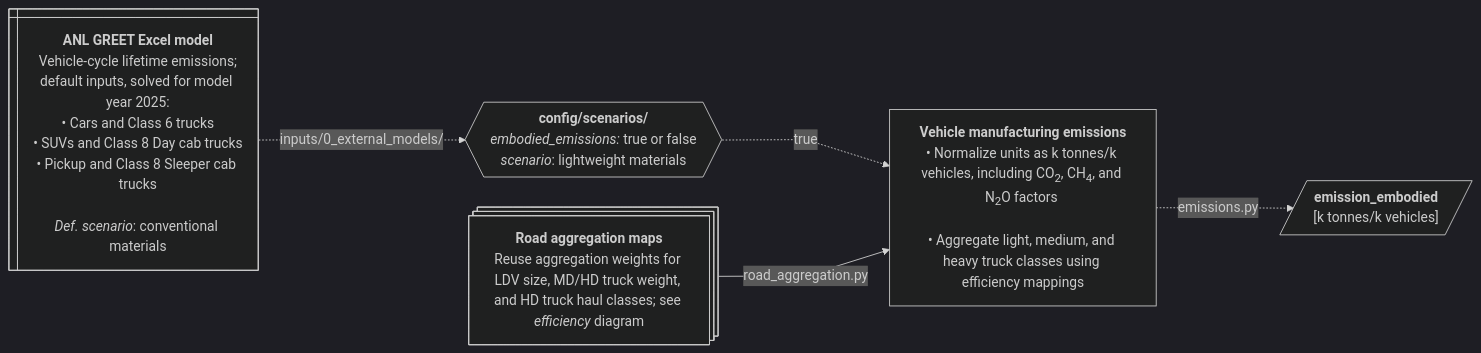
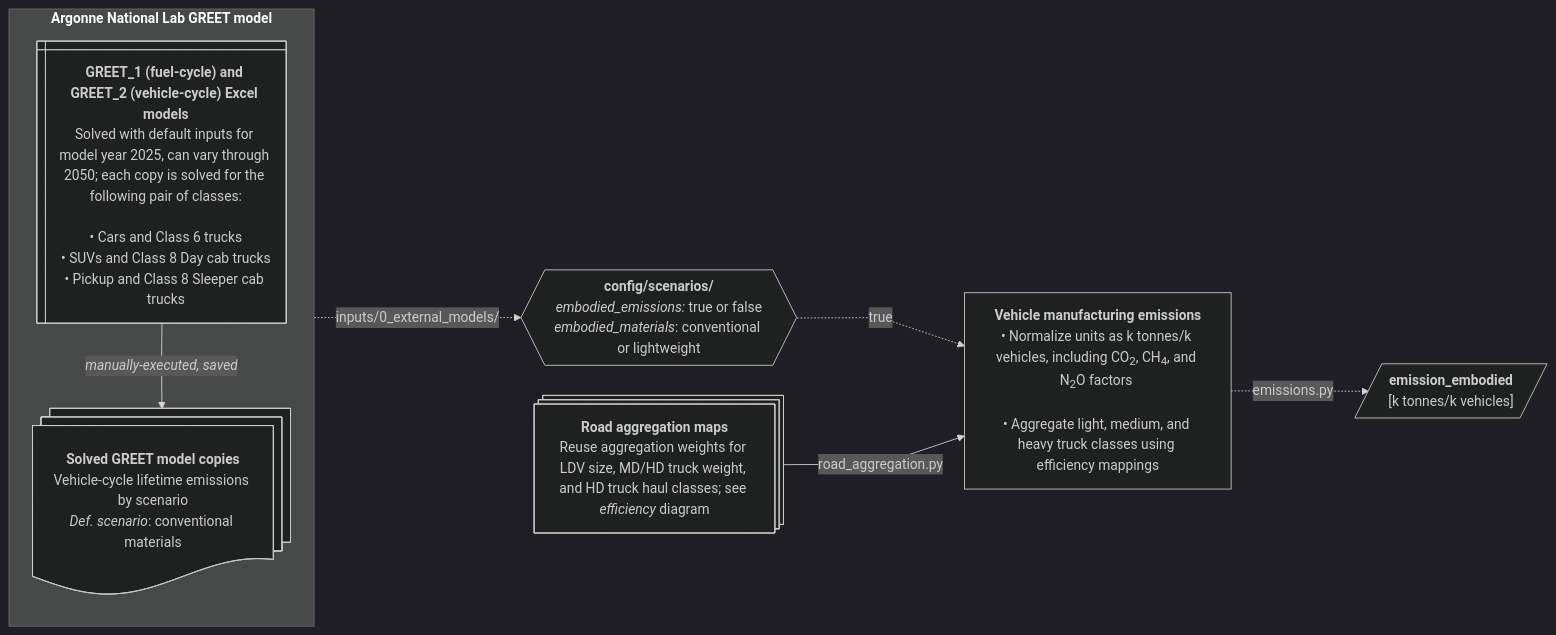
Before and after one commit to CANOE-main/canoe-transportation: the ninth of 12 diagrams in docs/etl_flowcharts.md, drawn with Mermaid (dark theme). The commit also changed other lines of this file and 23 other files, not shown here.

First line of the commit message:
Finalize transportation architecture, lifetime diagnostics, and vehicle mappings

````diff
--- a/docs/etl_flowcharts.md
+++ b/docs/etl_flowcharts.md
@@ -586,29 +634,32 @@
 ```mermaid
 ---
 config:
   layout: dagre
   flowchart:
     nodeSpacing: 35
     rankSpacing: 50
     wrappingWidth: 250
     curve: linear
 ---
 flowchart LR
   %% --- Sources ---
-
-  s1@{shape: win-pane, label: "**ANL GREET Excel model**<br>Vehicle-cycle lifetime emissions;<br>default inputs, solved for model year 2025:<br>• Cars and Class 6 trucks<br>• SUVs and Class 8 Day cab trucks<br>• Pickup and Class 8 Sleeper cab trucks<br><br>*Def. scenario*: conventional materials"}
+  subgraph greet["`**Argonne National Lab GREET model**`"]
+    s1@{shape: win-pane, label: "**GREET_1 (fuel-cycle) and GREET_2 (vehicle-cycle) Excel models**<br>Solved with default inputs for model year 2025, can vary through 2050; each copy is solved for the following pair of classes:<br><br>• Cars and Class 6 trucks<br>• SUVs and Class 8 Day cab trucks<br>• Pickup and Class 8 Sleeper cab trucks"}
+    s3@{shape: docs, label: "**Solved GREET model copies**<br>Vehicle-cycle lifetime emissions by scenario<br>*Def. scenario*: conventional materials"}
+    s1 -- "`*manually-executed, saved*`" --> s3
+  end
 
   %% --- Processes ---
-  p1@{shape: hex, label: "**config/scenarios/**<br>*embodied_emissions:* true or false<br>*scenario*: lightweight materials"}
+  p1@{shape: hex, label: "**config/scenarios/**<br>*embodied_emissions:* true or false<br>*embodied_materials*: conventional or lightweight"}
   s2@{shape: processes, label: "**Road aggregation maps**<br>Reuse aggregation weights for LDV size, MD/HD truck weight, and HD truck haul classes; see *efficiency* diagram"}
-  s1 -. inputs/0_external_models/ .-> p1
+  greet -. inputs/0_external_models/ .-> p1
 
   p2["`**Vehicle manufacturing emissions**<br>• Normalize units as k tonnes/k vehicles, including CO<sub>2</sub>, CH<sub>4</sub>, and N<sub>2</sub>O factors <br><br>• Aggregate light, medium, and heavy truck classes using efficiency mappings`"]
   p1 -. true .-> p2
   s2 -- road_aggregation.py --> p2
 
   p2 -. "emissions.py" .-> o1[/"`**emission_embodied**<br>[k tonnes/k vehicles]`"/]
 
   %% --- Hyperlinks ---
   click s1 "https://greet.anl.gov/"
 ```
````
